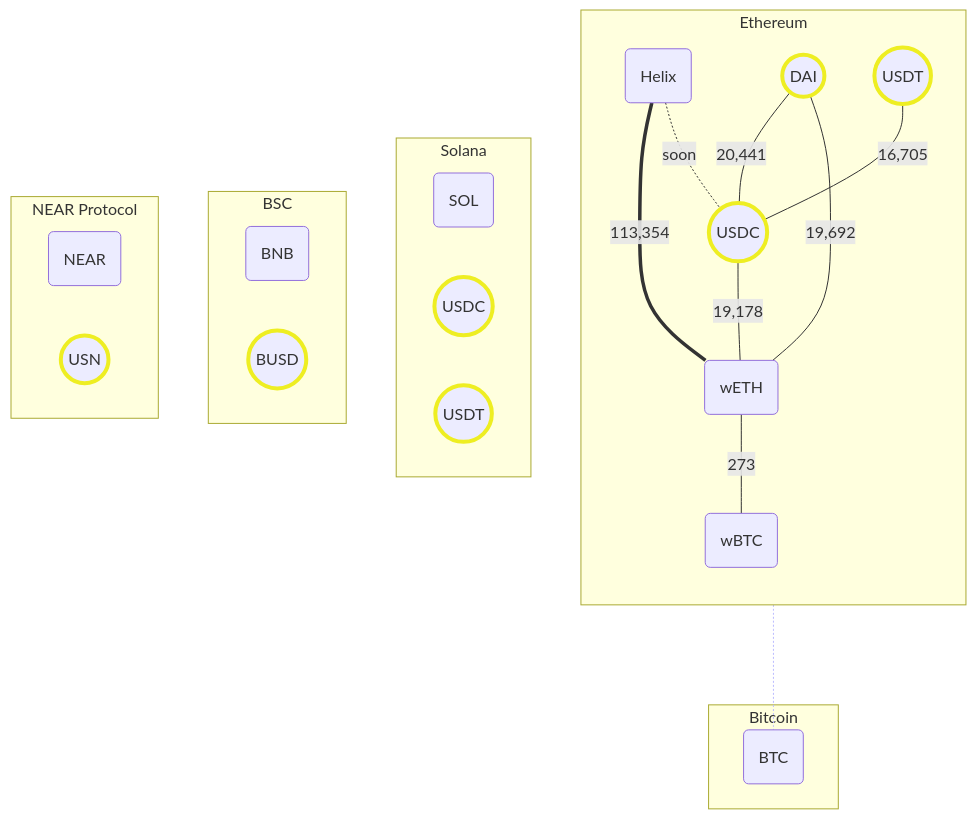
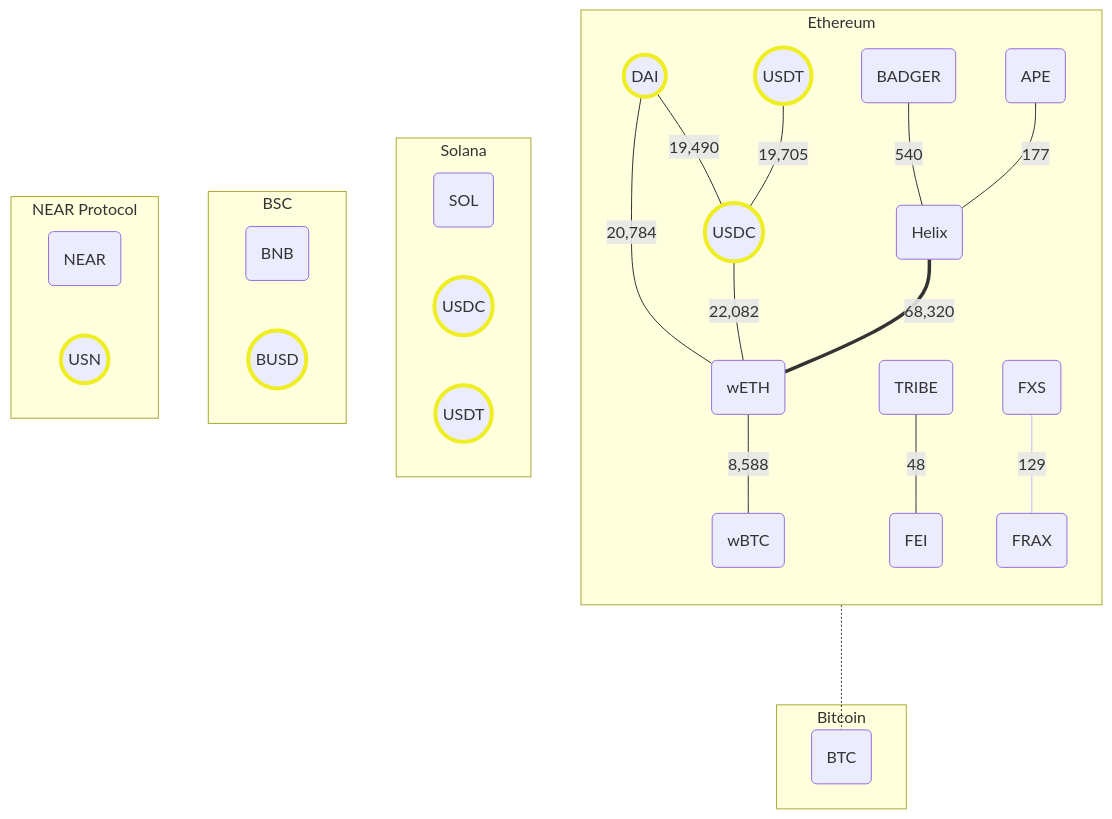
One commit to WaggMe/documentation-examples changed the second of 2 diagrams in helix-finance/liquidity-pools.md. Above: the diagram before and after it, drawn with Mermaid. The commit also changed other lines of this file, not shown here.

````diff
--- a/helix-finance/liquidity-pools.md
+++ b/helix-finance/liquidity-pools.md
@@ -31,46 +35,55 @@
 ```mermaid
 
 flowchart
     classDef stable fill:#ggg,stroke:#EE2,stroke-width:4px;
 
     subgraph Ethereum
         direction TB
         wETH(wETH)
         Helix(Helix)
         wBTC(wBTC)
+        TRIBE(TRIBE)
+        FEI(FEI)
+        FXS(FXS)
+        FRAX(FRAX)
+        BADGER(BADGER)
+        APE(APE)
         ETH_USDC((USDC)):::stable
         ETH_USDT((USDT)):::stable
         DAI((DAI)):::stable
-        Helix === |113,354| wETH
-        DAI --- |20,441| ETH_USDC
-        ETH_USDC --- |19,178| wETH
-        DAI --- |19,692| wETH
-        ETH_USDT --- |16,705| ETH_USDC
-        wETH --- |273| wBTC
-        Helix -.- |soon| ETH_USDC
+        Helix === |68,320| wETH
+        DAI --- |19,490| ETH_USDC
+        ETH_USDC --- |22,082| wETH
+        DAI --- |20,784| wETH
+        ETH_USDT --- |19,705| ETH_USDC
+        wETH --- |8,588| wBTC
+        TRIBE --- |48| FEI
+        FXS --- |129| FRAX
+        BADGER --- |540| Helix
+        APE --- |177| Helix
     end
 
     subgraph Bitcoin
         BTC(BTC)
     end
 
     wBTC -..- BTC
     
     subgraph Solana
         Sol(SOL)
         SOL_USDC((USDC)):::stable
         SOL_USDT((USDT)):::stable
     end
 
     subgraph BSC
         BNB(BNB)
         BUSDC((BUSD)):::stable
     end
 
     subgraph NEAR Protocol
         NEAR(NEAR)
         USN((USN)):::stable
     end
 
     linkStyle 7 stroke:#BBF,stroke-width:1px;
 ```
````
